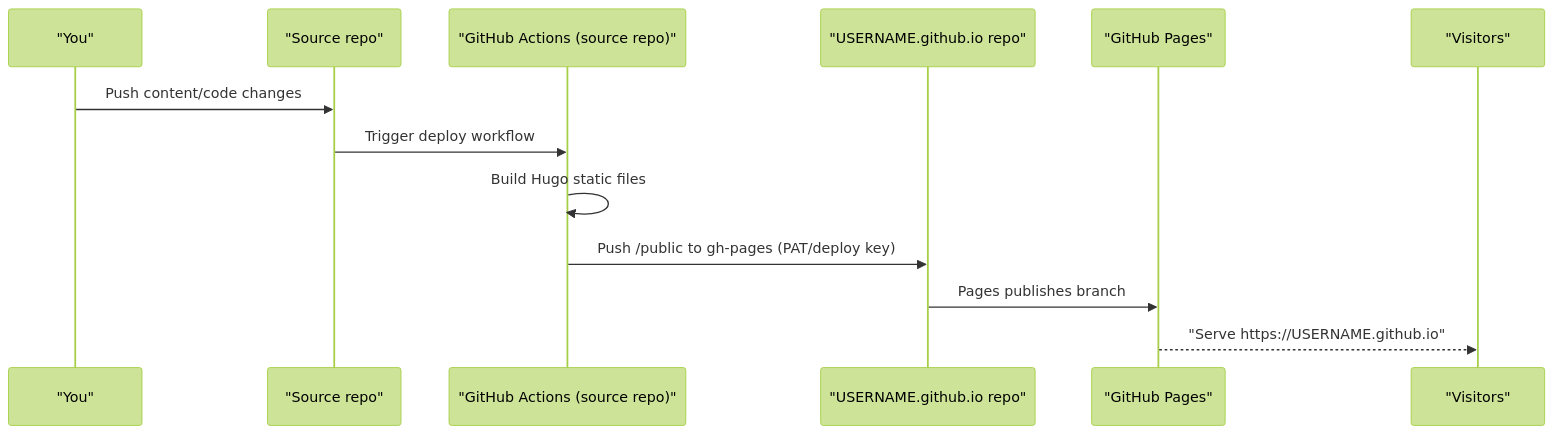
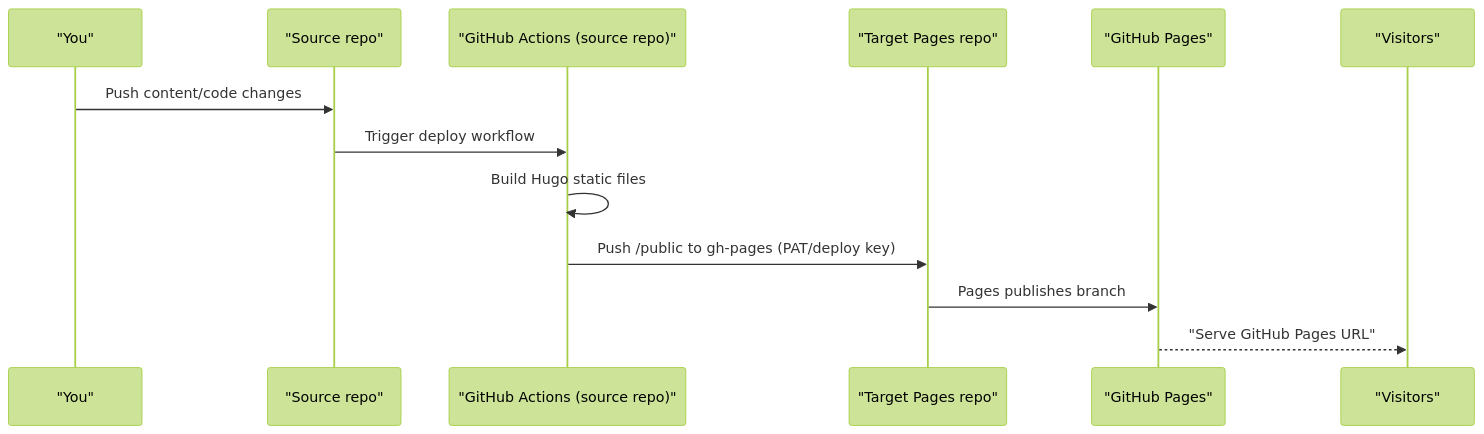
Before and after one commit to pavanshandilya/pavanshandilya.com: the fourth of 6 diagrams in content/playbook/_index.md, drawn with Mermaid (forest theme). The commit also changed other lines of this file and 3 other files, not shown here.

Commit message:
Align deploy workflow with project Pages target repo

````diff
--- a/content/playbook/_index.md
+++ b/content/playbook/_index.md
@@ -329,15 +330,15 @@
 ```mermaid
 sequenceDiagram
     participant Dev as "You"
     participant Src as "Source repo"
     participant Act as "GitHub Actions (source repo)"
-    participant UserRepo as "USERNAME.github.io repo"
+    participant UserRepo as "Target Pages repo"
     participant Pages as "GitHub Pages"
     participant Browser as "Visitors"
     Dev ->> Src: Push content/code changes
     Src ->> Act: Trigger deploy workflow
     Act ->> Act: Build Hugo static files
     Act ->> UserRepo: Push /public to gh-pages (PAT/deploy key)
     UserRepo ->> Pages: Pages publishes branch
-    Pages -->> Browser: "Serve https://USERNAME.github.io"
+    Pages -->> Browser: "Serve GitHub Pages URL"
 ```
````
